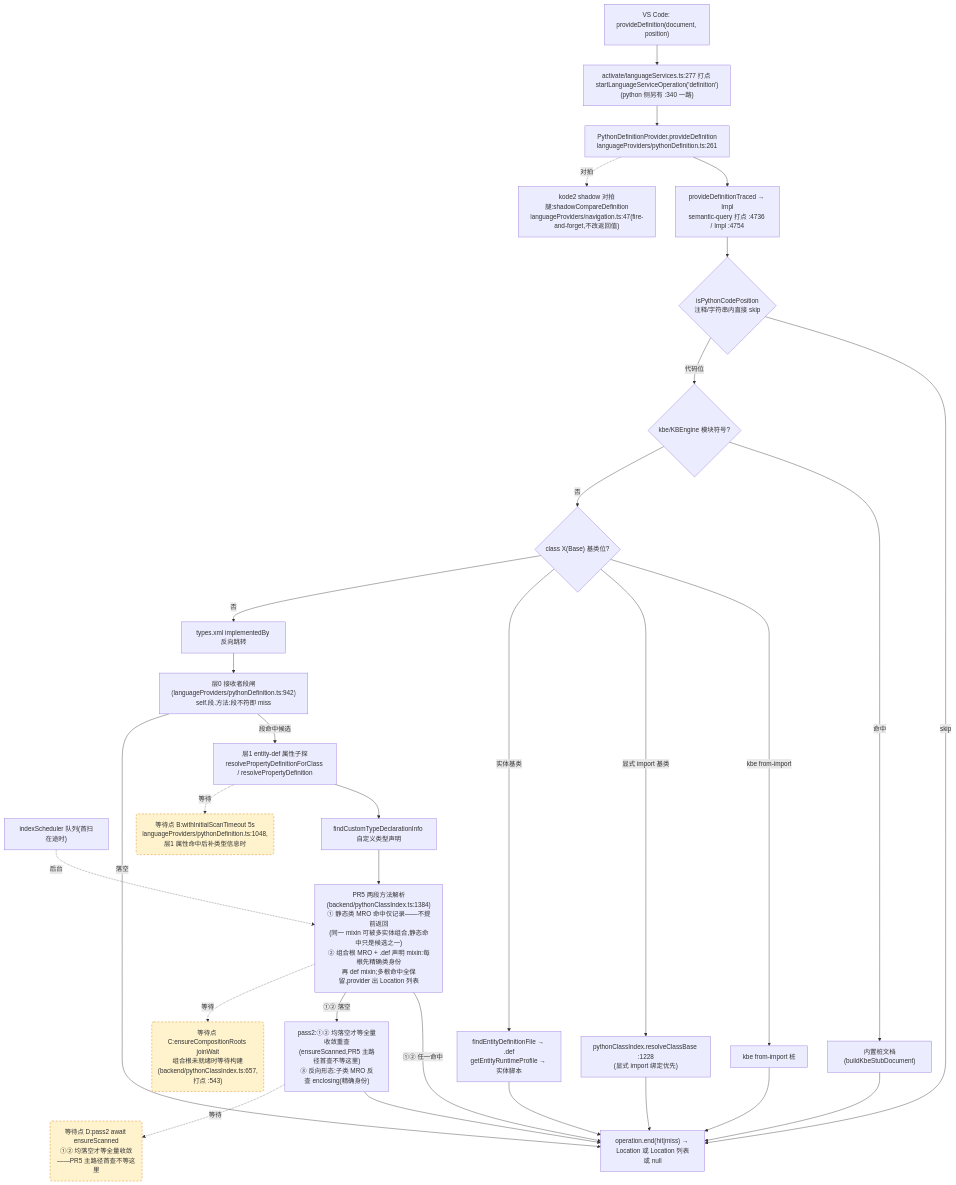
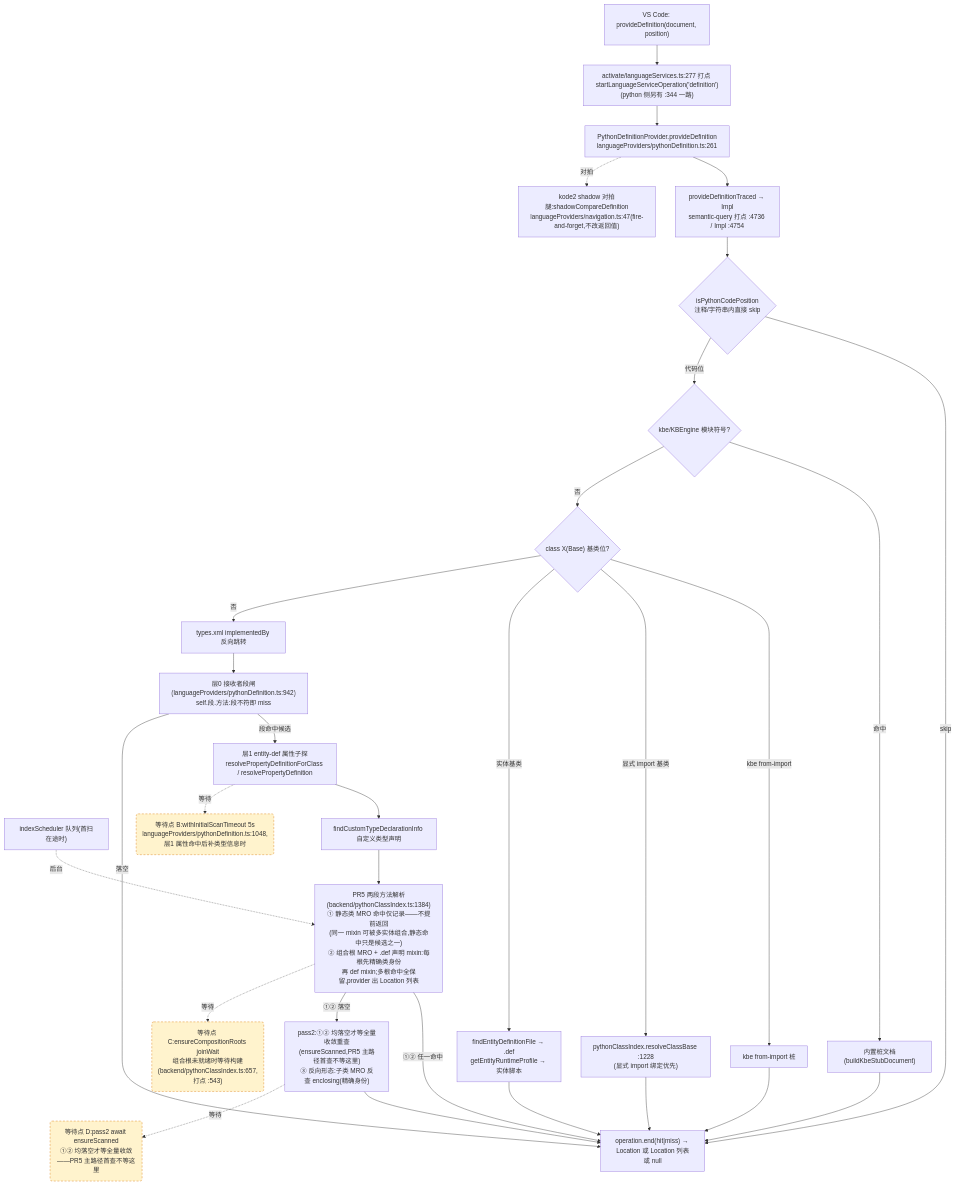
The second of 4 diagrams in docs/perf/2026-baseline.md (cuihairu/kode), drawn with Mermaid before and after one commit. The commit also changed other lines of this file and 2 other files, not shown here.

Commit message:
docs: audit host synchronous faces and reanchor metrics

````diff
--- a/docs/perf/2026-baseline.md
+++ b/docs/perf/2026-baseline.md
@@ -140,51 +140,51 @@
 ```mermaid
 flowchart TD
   VC2["VS Code: provideDefinition(document, position)"]
-  M2["activate/languageServices.ts:277 打点 startLanguageServiceOperation('definition')<br/>(python 侧另有 :340 一路)"]
+  M2["activate/languageServices.ts:277 打点 startLanguageServiceOperation('definition')<br/>(python 侧另有 :344 一路)"]
   AD2["PythonDefinitionProvider.provideDefinition<br/>languageProviders/pythonDefinition.ts:261"]
   TR["provideDefinitionTraced → Impl<br/>semantic-query 打点 :4736 / Impl :4754"]
   CTX{"isPythonCodePosition<br/>注释/字符串内直接 skip"}
   KBE{"kbe/KBEngine 模块符号?"}
   STUB["内置桩文档(buildKbeStubDocument)"]
   CB{"class X(Base) 基类位?"}
   CB1["kbe from-import 桩"]
   CB2["pythonClassIndex.resolveClassBase :1228<br/>(显式 import 绑定优先)"]
   CB3["findEntityDefinitionFile → .def<br/>getEntityRuntimeProfile → 实体脚本"]
   REV["types.xml implementedBy 反向跳转"]
   L0["层0 接收者段闸(languageProviders/pythonDefinition.ts:942)<br/>self.段.方法:段不符即 miss"]
   L1["层1 entity-def 属性子探<br/>resolvePropertyDefinitionForClass / resolvePropertyDefinition"]
   SCAN["indexScheduler 队列(首扫在途时)"]
   TY["findCustomTypeDeclarationInfo 自定义类型声明"]
   MRO["PR5 两段方法解析(backend/pythonClassIndex.ts:1384)<br/>① 静态类 MRO 命中仅记录——不提前返回<br/>(同一 mixin 可被多实体组合,静态命中只是候选之一)<br/>② 组合根 MRO + .def 声明 mixin:每根先精确类身份<br/>再 def mixin;多根命中全保留,provider 出 Location 列表"]
   PASS2["pass2:①② 均落空才等全量收敛重查<br/>(ensureScanned,PR5 主路径首查不等这里)<br/>③ 反向形态:子类 MRO 反查 enclosing(精确身份)"]
   SHD["kode2 shadow 对拍腿:shadowCompareDefinition<br/>languageProviders/navigation.ts:47(fire-and-forget,不改返回值)"]
   END2["operation.end(hit|miss) → Location 或 Location 列表或 null"]
 
   VC2 --> M2 --> AD2 --> TR --> CTX
   CTX -- "skip" --> END2
   CTX -- "代码位" --> KBE
   KBE -- "命中" --> STUB --> END2
   KBE -- "否" --> CB
   CB -- "kbe from-import" --> CB1 --> END2
   CB -- "显式 import 基类" --> CB2 --> END2
   CB -- "实体基类" --> CB3 --> END2
   CB -- "否" --> REV --> L0
   L0 -- "段命中候选" --> L1
   L0 -- "落空" --> END2
   L1 --> TY
   TY --> MRO
   MRO -- "①② 任一命中" --> END2
   MRO -- "①② 落空" --> PASS2 --> END2
   AD2 -.->|对拍| SHD
 
   WAITB("等待点 B:withInitialScanTimeout 5s<br/>languageProviders/pythonDefinition.ts:1048,层1 属性命中后补类型信息时")
   WAITC("等待点 C:ensureCompositionRoots joinWait<br/>组合根未就绪时等待构建(backend/pythonClassIndex.ts:657,打点 :543)")
   WAITD("等待点 D:pass2 await ensureScanned<br/>①② 均落空才等全量收敛——PR5 主路径首查不等这里")
   L1 -.->|等待| WAITB
   MRO -.->|等待| WAITC
   PASS2 -.->|等待| WAITD
   SCAN -.->|后台| MRO
 
   classDef waitPoint fill:#fff3cd,stroke:#d97706,stroke-dasharray:5 4;
   class WAITB,WAITC,WAITD waitPoint;
 ```
````
